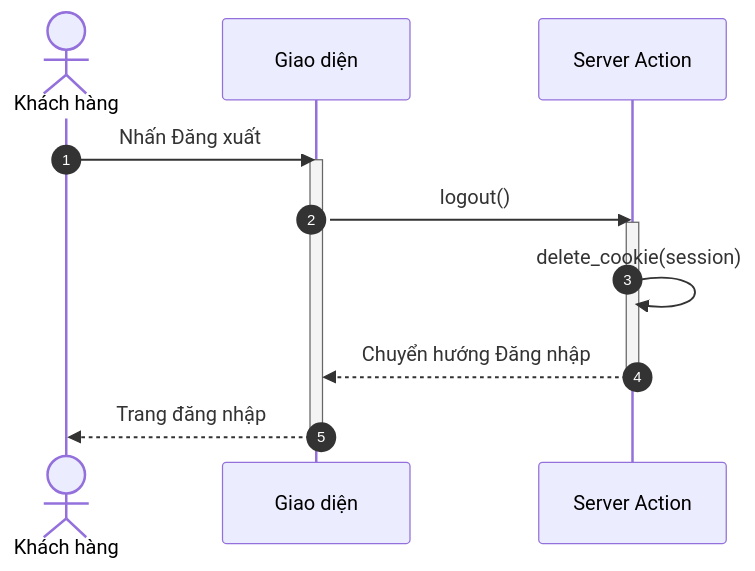
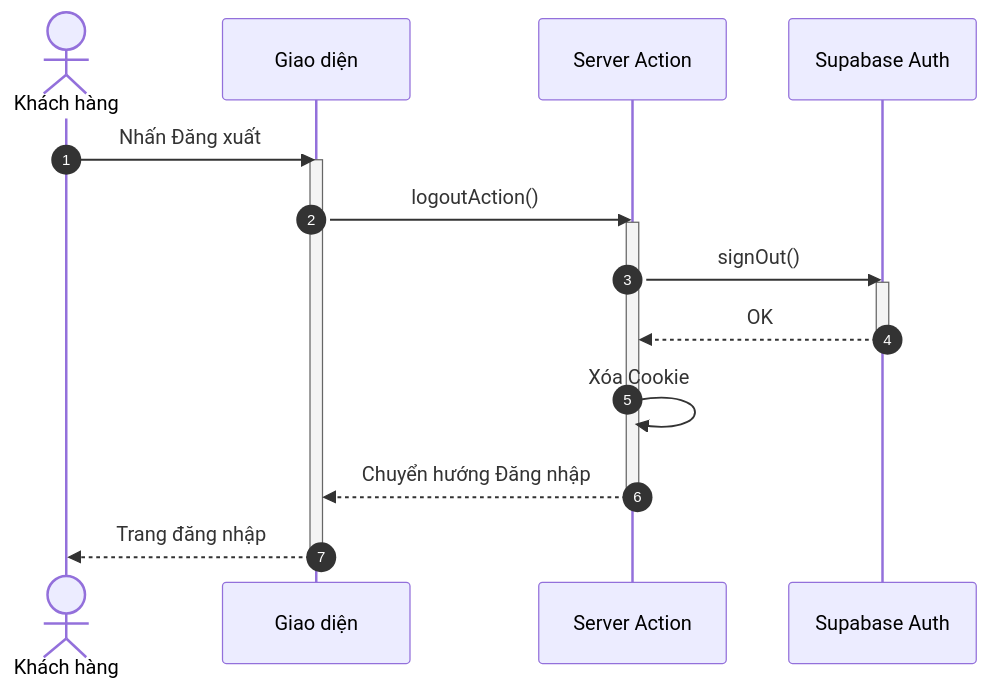
Before and after one commit to ngoctinn/Synapse: the eighth of 8 diagrams in docs/design/sequences/authentication.md, drawn with Mermaid. The commit also changed other lines of this file and 4 other files, not shown here.

Commit message:
docs: Add initial sequence diagrams for authentication, admin, customer, receptionist, and technician flows.

````diff
--- a/docs/design/sequences/authentication.md
+++ b/docs/design/sequences/authentication.md
@@ -371,19 +239,25 @@
 ```mermaid
 sequenceDiagram
     autonumber
     actor KH as Khách hàng
     participant UI as Giao diện
     participant BFF as Server Action
+    participant SUPA as Supabase Auth
 
     KH->>UI: Nhấn Đăng xuất
     activate UI
-    UI->>BFF: logout()
+    UI->>BFF: logoutAction()
     activate BFF
 
-    BFF->>BFF: delete_cookie(session)
+    BFF->>SUPA: signOut()
+    activate SUPA
+    SUPA-->>BFF: OK
+    deactivate SUPA
+
+    BFF->>BFF: Xóa Cookie
     BFF-->>UI: Chuyển hướng Đăng nhập
     deactivate BFF
 
     UI-->>KH: Trang đăng nhập
     deactivate UI
 ```
````
